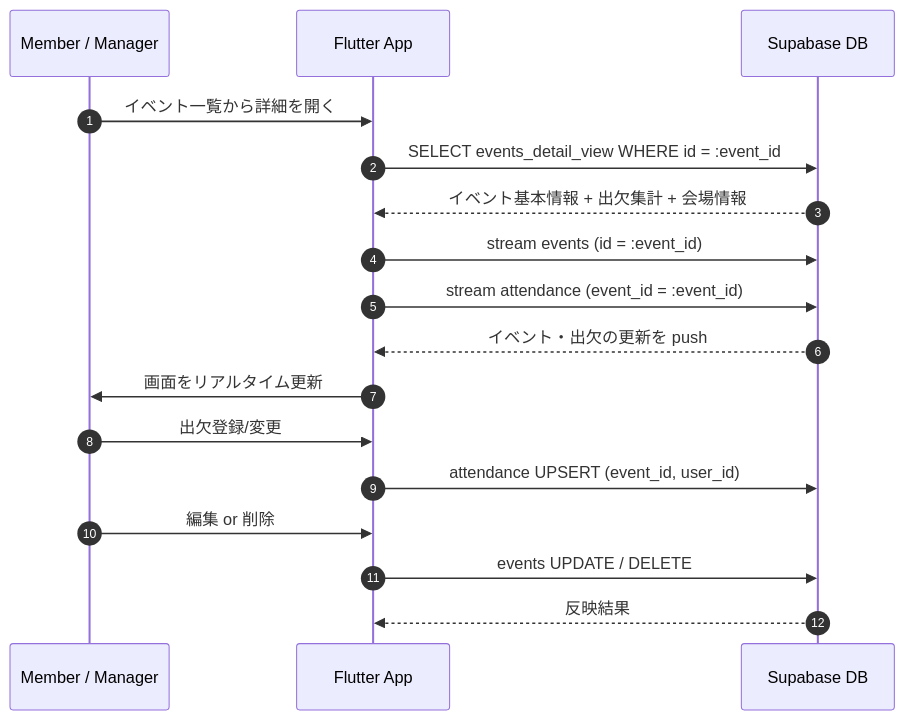
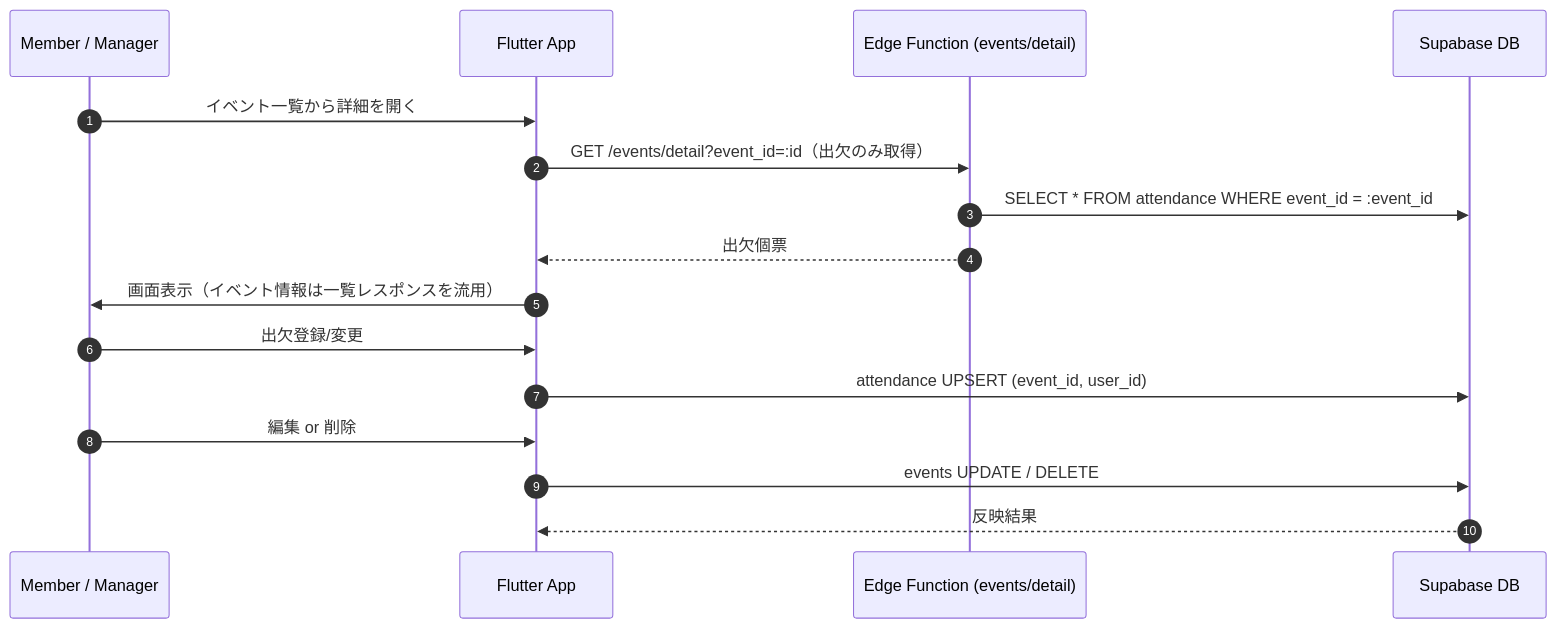
Before and after one commit to kerokerotur/banars-app: the diagram in docs/DESIGN_DOCS/events/event_detail.md, drawn with Mermaid. The commit also changed other lines of this file and 3 other files, not shown here.

````diff
--- a/docs/DESIGN_DOCS/events/event_detail.md
+++ b/docs/DESIGN_DOCS/events/event_detail.md
@@ -4,20 +4,19 @@
 ```mermaid
 sequenceDiagram
     autonumber
     participant Member as Member / Manager
     participant App as Flutter App
+    participant Edge as Edge Function (events/detail)
     participant DB as Supabase DB
 
     Member->>App: イベント一覧から詳細を開く
-    App->>DB: SELECT events_detail_view WHERE id = :event_id
-    DB-->>App: イベント基本情報 + 出欠集計 + 会場情報
-    App->>DB: stream events (id = :event_id)
-    App->>DB: stream attendance (event_id = :event_id)
-    DB-->>App: イベント・出欠の更新を push
-    App->>Member: 画面をリアルタイム更新
+    App->>Edge: GET /events/detail?event_id=:id（出欠のみ取得）
+    Edge->>DB: SELECT * FROM attendance WHERE event_id = :event_id
+    Edge-->>App: 出欠個票
+    App->>Member: 画面表示（イベント情報は一覧レスポンスを流用）
     Member->>App: 出欠登録/変更
     App->>DB: attendance UPSERT (event_id, user_id)
     Member->>App: 編集 or 削除
     App->>DB: events UPDATE / DELETE
     DB-->>App: 反映結果
 ```
````
